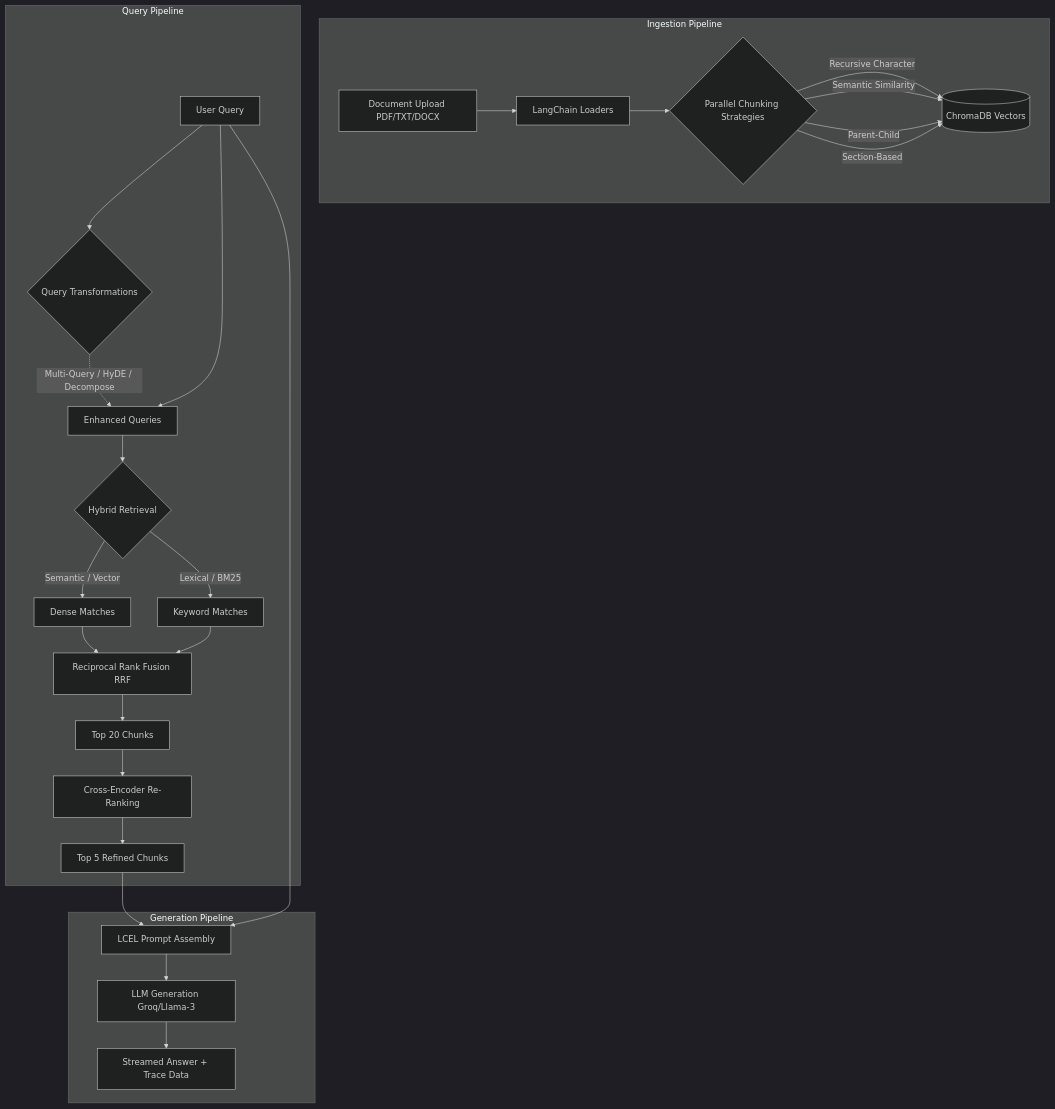
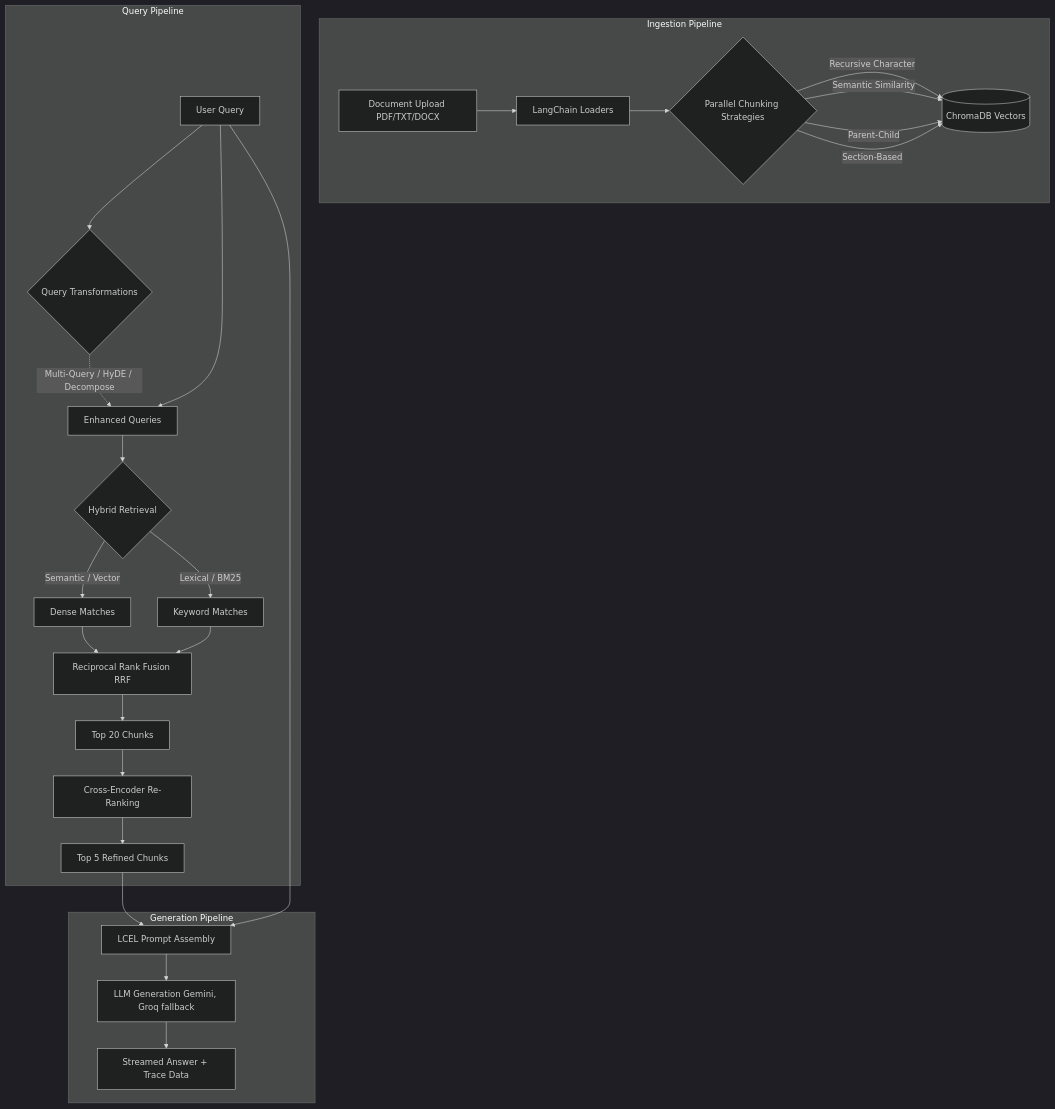
The diagram in README.md (code-with-deep/RAGForge-AI), drawn with Mermaid (dark theme) before and after one commit. The commit also changed other lines of this file and 34 other files, not shown here.

````diff
--- a/README.md
+++ b/README.md
@@ -11,32 +11,32 @@
 ```mermaid
 graph TD
     subgraph Ingestion Pipeline
         A[Document Upload PDF/TXT/DOCX] --> B[LangChain Loaders]
         B --> C{Parallel Chunking Strategies}
         C -->|Recursive Character| D[(ChromaDB Vectors)]
         C -->|Semantic Similarity| D
         C -->|Parent-Child| D
         C -->|Section-Based| D
     end
 
     subgraph Query Pipeline
         E[User Query] --> F{Query Transformations}
         F -.->|Multi-Query / HyDE / Decompose| G[Enhanced Queries]
         E --> G
         G --> H{Hybrid Retrieval}
         H -->|Semantic / Vector| I[Dense Matches]
         H -->|Lexical / BM25| J[Keyword Matches]
         I --> K[Reciprocal Rank Fusion RRF]
         J --> K
         K --> L[Top 20 Chunks]
         L --> M[Cross-Encoder Re-Ranking]
         M --> N[Top 5 Refined Chunks]
     end
 
     subgraph Generation Pipeline
         N --> O[LCEL Prompt Assembly]
         E --> O
-        O --> P[LLM Generation Groq/Llama-3]
+        O --> P[LLM Generation Gemini, Groq fallback]
         P --> Q[Streamed Answer + Trace Data]
     end
 ```
````
